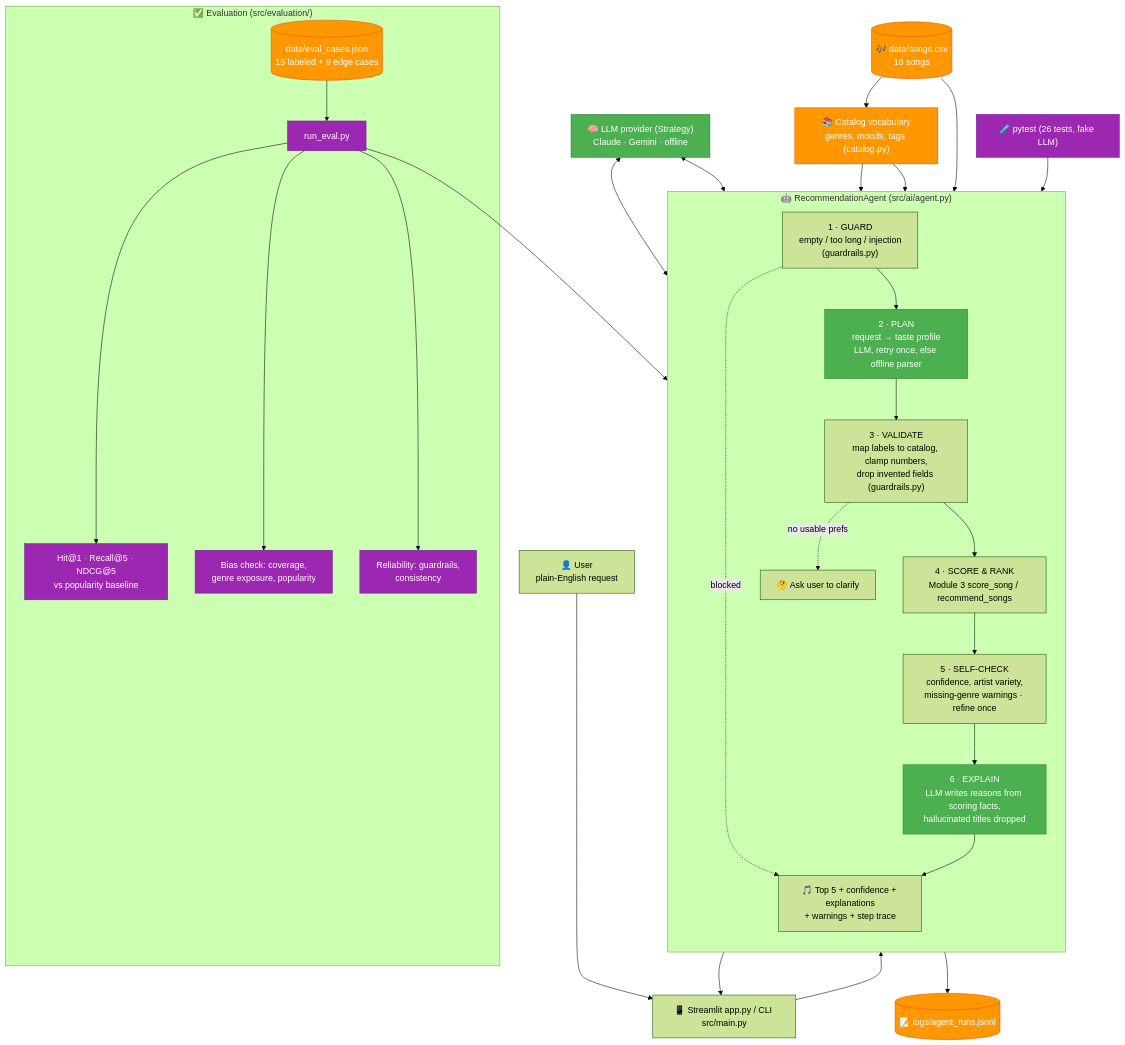
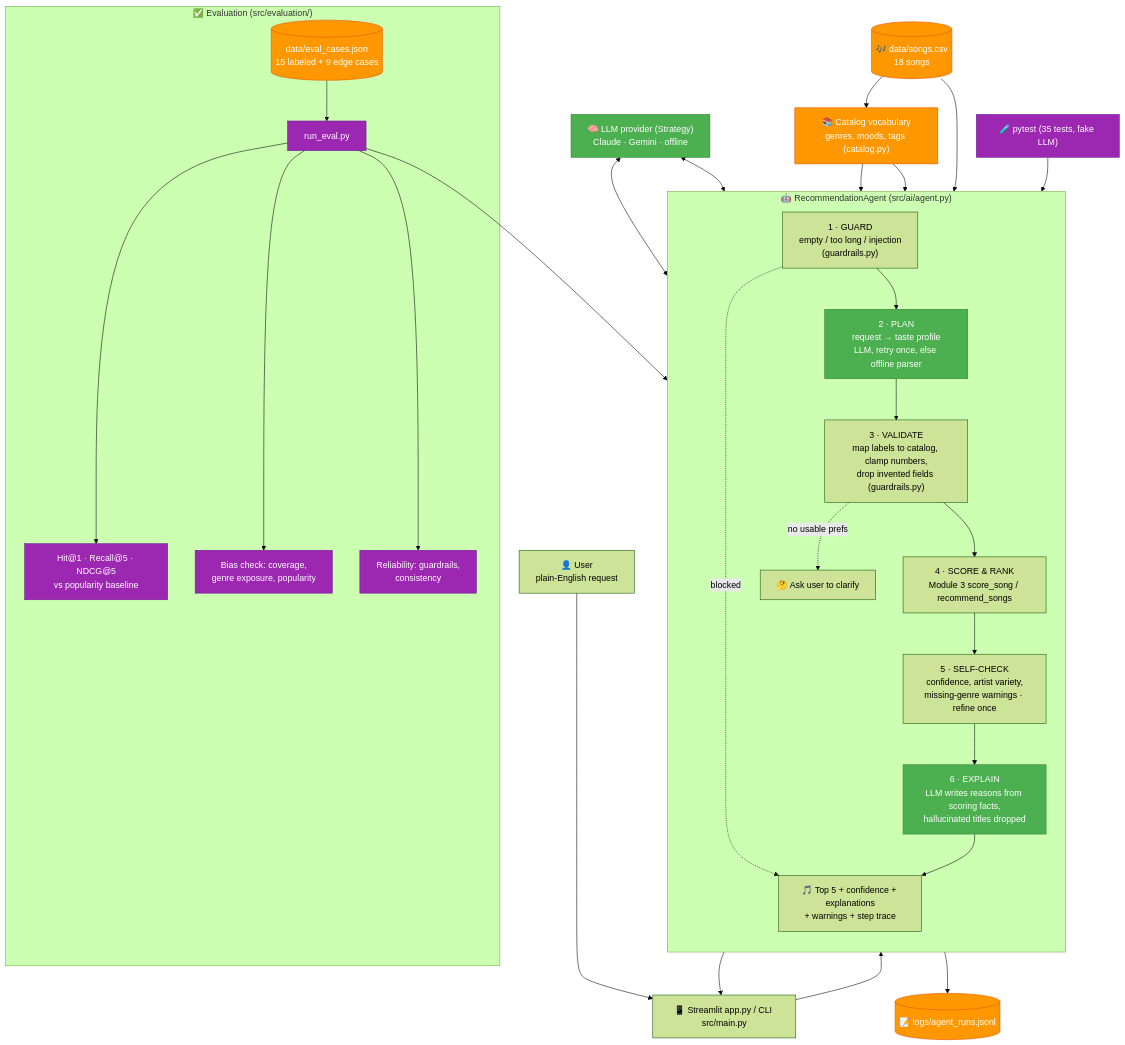
One commit to zloy-bobr/applied-ai-system-project changed the diagram in diagrams/architecture.mmd. Above: the diagram before and after it, drawn with Mermaid (forest theme). The commit also changed 10 other files, not shown here.

```diff
--- a/diagrams/architecture.mmd
+++ b/diagrams/architecture.mmd
@@ -1,43 +1,43 @@
 flowchart TD
     User["👤 User<br/>plain-English request"] --> UI["📱 Streamlit app.py / CLI src/main.py"]
     UI --> Agent
 
     subgraph Agent["🤖 RecommendationAgent (src/ai/agent.py)"]
         direction TB
         G["1 · GUARD<br/>empty / too long / injection<br/>(guardrails.py)"]
         P["2 · PLAN<br/>request → taste profile<br/>LLM, retry once, else offline parser"]
         V["3 · VALIDATE<br/>map labels to catalog, clamp numbers,<br/>drop invented fields (guardrails.py)"]
         S["4 · SCORE & RANK<br/>Module 3 score_song / recommend_songs"]
         C["5 · SELF-CHECK<br/>confidence, artist variety,<br/>missing-genre warnings · refine once"]
         E["6 · EXPLAIN<br/>LLM writes reasons from scoring facts,<br/>hallucinated titles dropped"]
         G --> P --> V --> S --> C --> E
         G -. blocked .-> Out
         V -. no usable prefs .-> Clarify["🤔 Ask user to clarify"]
     end
 
     LLM["🧠 LLM provider (Strategy)<br/>Claude · Gemini · offline"] <--> P
     LLM <--> E
     Vocab["📚 Catalog vocabulary<br/>genres, moods, tags (catalog.py)"] --> P
     Vocab --> V
     Songs[("🎶 data/songs.csv<br/>18 songs")] --> Vocab
     Songs --> S
 
     E --> Out["🎵 Top 5 + confidence + explanations<br/>+ warnings + step trace"]
     Out --> UI
     Agent --> Log[("📝 logs/agent_runs.jsonl")]
 
     subgraph Eval["✅ Evaluation (src/evaluation/)"]
         Cases[("data/eval_cases.json<br/>15 labeled + 9 edge cases")] --> Harness["run_eval.py"]
         Harness --> Metrics["Hit@1 · Recall@5 · NDCG@5<br/>vs popularity baseline"]
         Harness --> Bias["Bias check: coverage,<br/>genre exposure, popularity"]
         Harness --> Rel["Reliability: guardrails,<br/>consistency"]
     end
     Harness --> Agent
-    Tests["🧪 pytest (26 tests, fake LLM)"] --> Agent
+    Tests["🧪 pytest (35 tests, fake LLM)"] --> Agent
 
     classDef ai fill:#4CAF50,stroke:#2E7D32,color:#fff
     classDef data fill:#FF9800,stroke:#E65100,color:#fff
     classDef eval fill:#9C27B0,stroke:#6A1B9A,color:#fff
     class P,E,LLM ai
     class Songs,Vocab,Cases,Log data
     class Harness,Metrics,Bias,Rel,Tests eval
```
